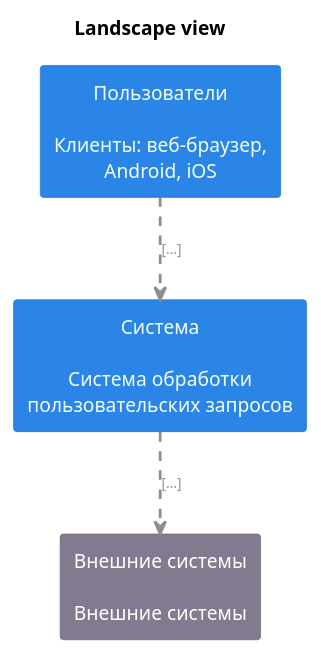
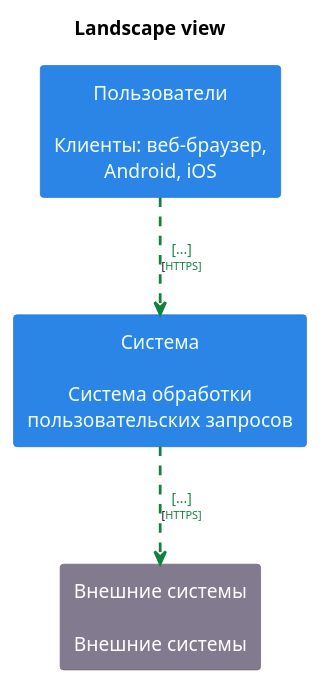
Before and after one commit to shelepovg/system-design-homework: the diagram in doc/схемы/index.puml, drawn with PlantUML. The commit also changed 13 other files, not shown here.

Commit message:
сгенерировал новые и измененные схемы

```diff
--- a/doc/схемы/index.puml
+++ b/doc/схемы/index.puml
@@ -1,37 +1,37 @@
 @startuml
 title "Landscape view"
 top to bottom direction
 
 hide stereotype
 skinparam ranksep 60
 skinparam nodesep 30
 skinparam {
   arrowFontSize 10
   defaultTextAlignment center
   wrapWidth 200
   maxMessageSize 100
   shadowing false
 }
 
 skinparam rectangle<<Users>>{
   BackgroundColor #2b85e7
   FontColor #f1ffff
   BorderColor #1e73ce
 }
 skinparam rectangle<<System>>{
   BackgroundColor #2b85e7
   FontColor #f1ffff
   BorderColor #1e73ce
 }
 skinparam rectangle<<System_ext>>{
   BackgroundColor #827a8e
   FontColor #ffffff
   BorderColor #6c6477
 }
 rectangle "Пользователи\n\nКлиенты: веб-браузер, Android, iOS" <<Users>> as Users
 rectangle "Система\n\nСистема обработки пользовательских запросов" <<System>> as System
 rectangle "Внешние системы\n\nВнешние системы" <<System_ext>> as System_ext
 
-Users .[#8D8D8D,thickness=2].> System : <color:#8D8D8D>[...]
-System .[#8D8D8D,thickness=2].> System_ext : <color:#8D8D8D>[...]
+Users .[#15803d,thickness=2].> System : <color:#15803d>[...]\n<size:8>[<color:#15803d>HTTPS]</size>
+System .[#15803d,thickness=2].> System_ext : <color:#15803d>[...]\n<size:8>[<color:#15803d>HTTPS]</size>
 @enduml
```
